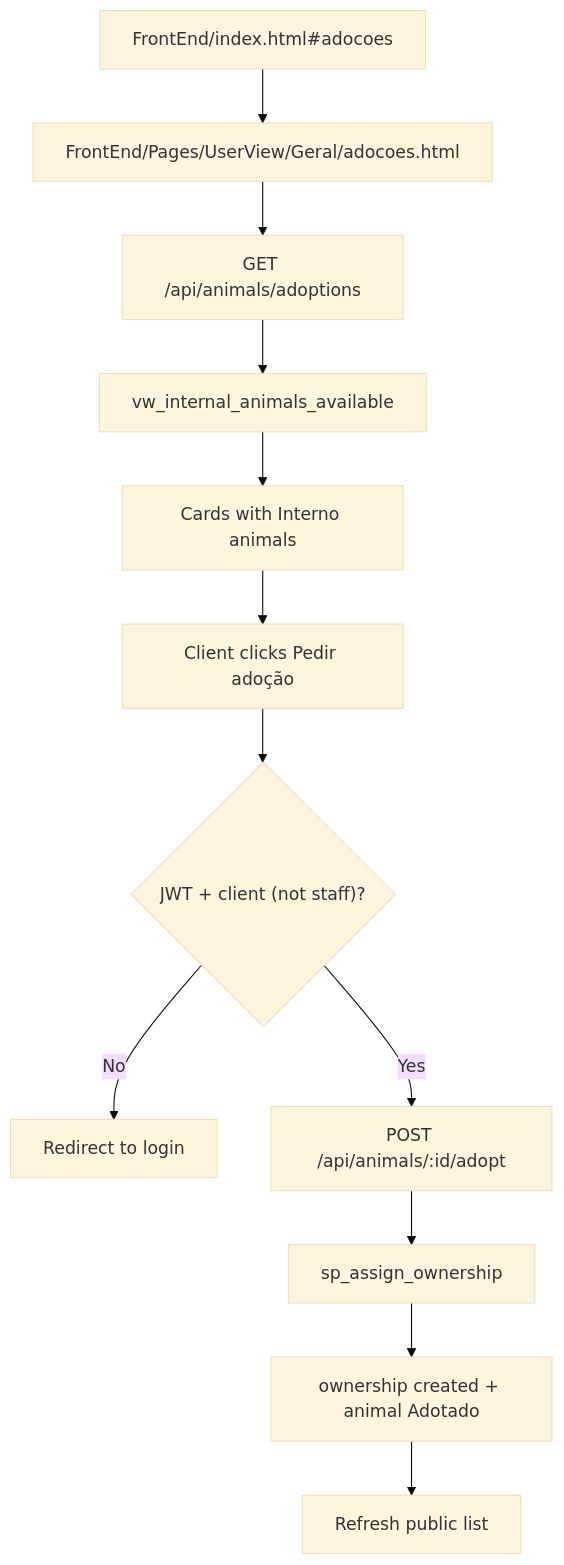
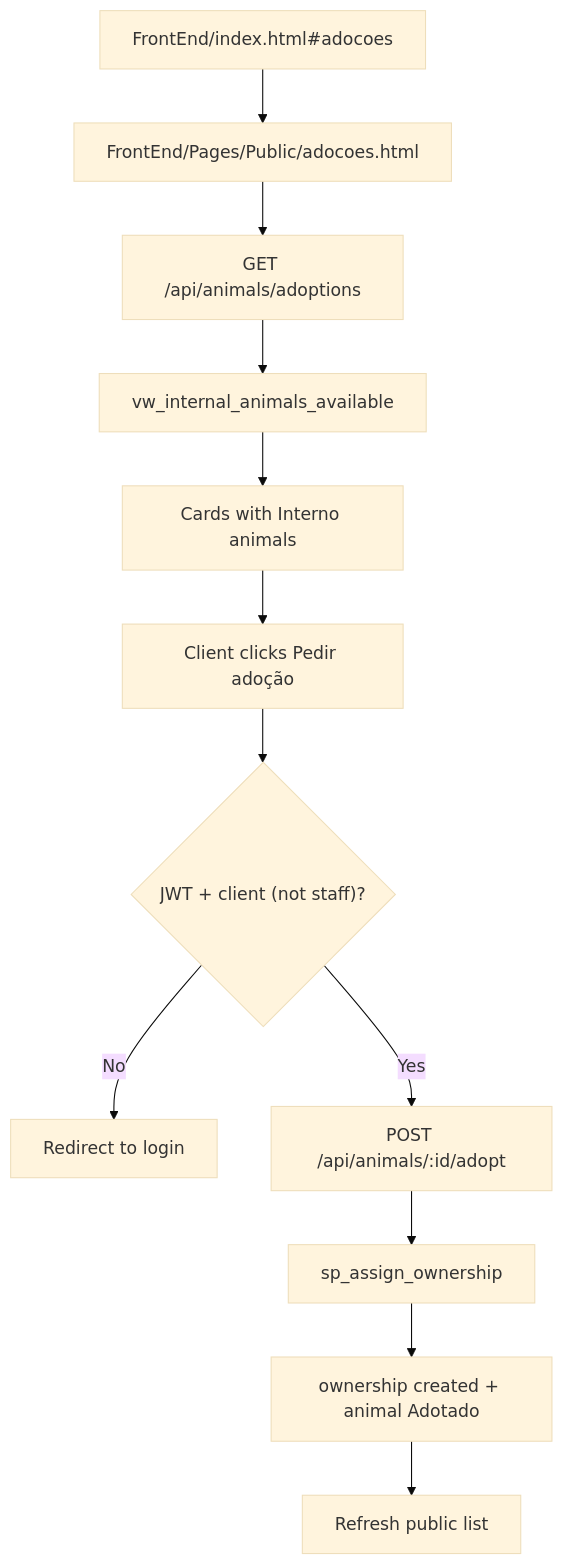
The fourth of 5 diagrams in 04_Architecture/02_Application/01_Website_Flows.md (bulletproof20/MiaCaoMigo_Engineering), drawn with Mermaid (base theme) before and after one commit. The commit also changed other lines of this file and 26 other files, not shown here.

````diff
--- a/04_Architecture/02_Application/01_Website_Flows.md
+++ b/04_Architecture/02_Application/01_Website_Flows.md
@@ -113,15 +134,15 @@
 ```mermaid
 flowchart TD
-  homeSection["FrontEnd/index.html#adocoes"] --> publicPage["FrontEnd/Pages/UserView/Geral/adocoes.html"]
+  homeSection["FrontEnd/index.html#adocoes"] --> publicPage["FrontEnd/Pages/Public/adocoes.html"]
   publicPage --> listApi["GET /api/animals/adoptions"]
   listApi --> availableView["vw_internal_animals_available"]
   availableView --> cards["Cards with Interno animals"]
 
   cards --> adoptClick["Client clicks Pedir adoção"]
   adoptClick --> authCheck{"JWT + client (not staff)?"}
   authCheck -->|"No"| loginPage["Redirect to login"]
   authCheck -->|"Yes"| adoptApi["POST /api/animals/:id/adopt"]
   adoptApi --> ownershipProc["sp_assign_ownership"]
   ownershipProc --> adopted["ownership created + animal Adotado"]
   adopted --> refreshList["Refresh public list"]
 ```
````
